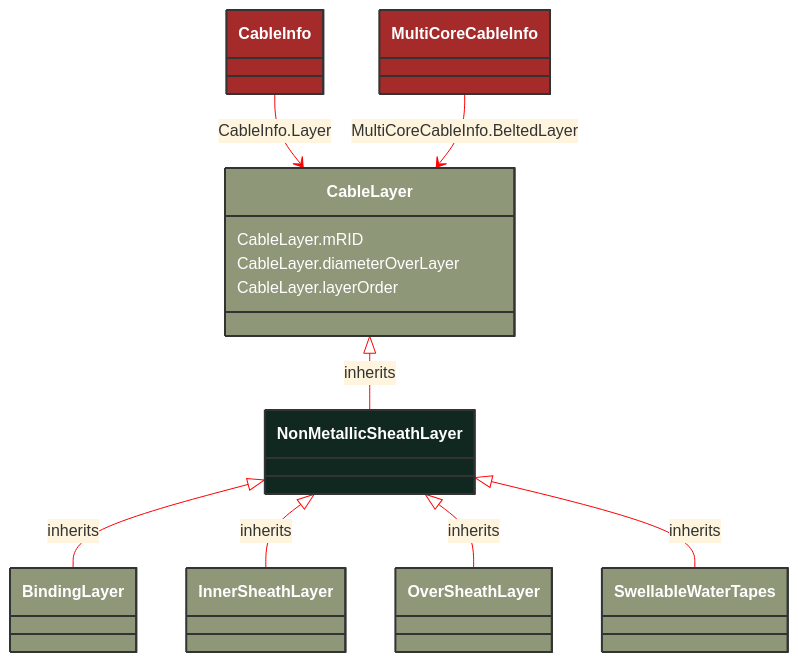
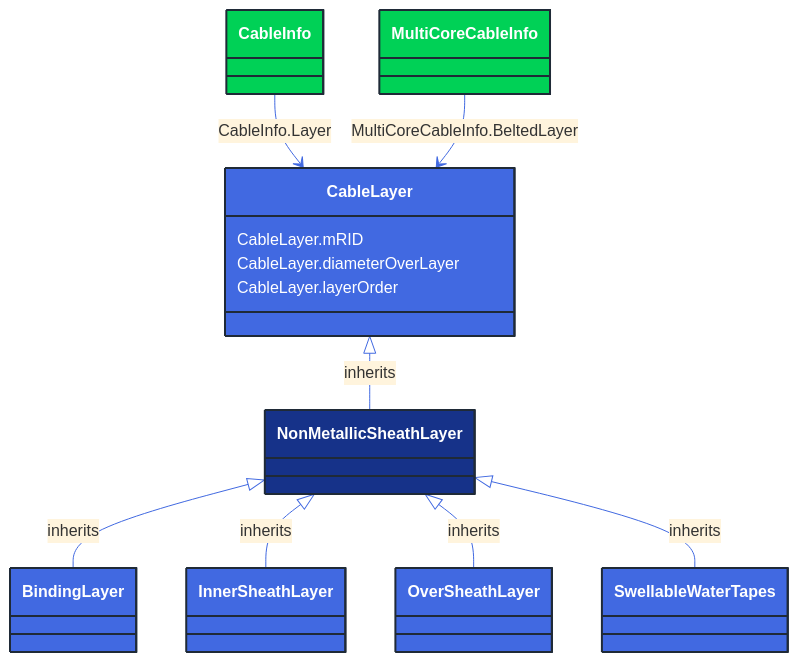
One commit to 3lbits/NoCIMExtensions changed the diagram in docs/Models/Profiles/SubseaCableInfo/ConcreteClasses/NonMetallicSheathLayer.md. Above: the diagram before and after it, drawn with Mermaid. The commit also changed 362 other files, not shown here.

First line of the commit message:
Update diagrams and styles for improved visual consistency

````diff
--- a/docs/Models/Profiles/SubseaCableInfo/ConcreteClasses/NonMetallicSheathLayer.md
+++ b/docs/Models/Profiles/SubseaCableInfo/ConcreteClasses/NonMetallicSheathLayer.md
@@ -8,53 +8,53 @@
 ```mermaid
-%%{init: {'theme':'base','themeVariables': {'lineColor': '#FF0000'}}}%%
+%%{init: {'theme':'base','themeVariables': {'lineColor': '#4169E1'}}}%%
 classDiagram
     class NonMetallicSheathLayer
     click NonMetallicSheathLayer href "/Models/Profiles/SubseaCableInfo/ConcreteClasses/NonMetallicSheathLayer/"
-    style NonMetallicSheathLayer fill:#102820,stroke:#333,stroke-width:2px,rx:10,ry:10,color:white
+    style NonMetallicSheathLayer fill:#163289,stroke:#1F2A37,stroke-width:2px,rx:10,ry:10,color:white
 
         NonMetallicSheathLayer <|-- BindingLayer : inherits
 
         BindingLayer
             click BindingLayer href "/Models/Profiles/SubseaCableInfo/ConcreteClasses/BindingLayer/"
-            style BindingLayer fill:#8F9779,stroke:#333,stroke-width:2px,rx:10,ry:10,color:white
+            style BindingLayer fill:#4169E1,stroke:#1F2A37,stroke-width:2px,rx:10,ry:10,color:white
 
         NonMetallicSheathLayer <|-- InnerSheathLayer : inherits
 
         InnerSheathLayer
             click InnerSheathLayer href "/Models/Profiles/SubseaCableInfo/ConcreteClasses/InnerSheathLayer/"
-            style InnerSheathLayer fill:#8F9779,stroke:#333,stroke-width:2px,rx:10,ry:10,color:white
+            style InnerSheathLayer fill:#4169E1,stroke:#1F2A37,stroke-width:2px,rx:10,ry:10,color:white
 
         NonMetallicSheathLayer <|-- OverSheathLayer : inherits
 
         OverSheathLayer
             click OverSheathLayer href "/Models/Profiles/SubseaCableInfo/ConcreteClasses/OverSheathLayer/"
-            style OverSheathLayer fill:#8F9779,stroke:#333,stroke-width:2px,rx:10,ry:10,color:white
+            style OverSheathLayer fill:#4169E1,stroke:#1F2A37,stroke-width:2px,rx:10,ry:10,color:white
 
         NonMetallicSheathLayer <|-- SwellableWaterTapes : inherits
 
         SwellableWaterTapes
             click SwellableWaterTapes href "/Models/Profiles/SubseaCableInfo/ConcreteClasses/SwellableWaterTapes/"
-            style SwellableWaterTapes fill:#8F9779,stroke:#333,stroke-width:2px,rx:10,ry:10,color:white
+            style SwellableWaterTapes fill:#4169E1,stroke:#1F2A37,stroke-width:2px,rx:10,ry:10,color:white
      
         CableLayer <|-- NonMetallicSheathLayer : inherits
             click CableLayer href "/Models/Profiles/SubseaCableInfo/AbstractClasses/CableLayer/"
-            style CableLayer fill:#8F9779,stroke:#333,stroke-width:2px,rx:10,ry:10,color:white
+            style CableLayer fill:#4169E1,stroke:#1F2A37,stroke-width:2px,rx:10,ry:10,color:white
 
 
         CableInfo --> CableLayer : CableInfo.Layer
 
         CableInfo
             click CableInfo href "/Models/Profiles/SubseaCableInfo/ConcreteClasses/CableInfo/"
-            style CableInfo fill:#A52A2A,stroke:#333,stroke-width:2px,rx:10,ry:10,color:white
+            style CableInfo fill:#00D156,stroke:#1F2A37,stroke-width:2px,rx:10,ry:10,color:white
 
         MultiCoreCableInfo --> CableLayer : MultiCoreCableInfo.BeltedLayer
 
         MultiCoreCableInfo
             click MultiCoreCableInfo href "/Models/Profiles/SubseaCableInfo/ConcreteClasses/MultiCoreCableInfo/"
-            style MultiCoreCableInfo fill:#A52A2A,stroke:#333,stroke-width:2px,rx:10,ry:10,color:white
+            style MultiCoreCableInfo fill:#00D156,stroke:#1F2A37,stroke-width:2px,rx:10,ry:10,color:white
 
 
         CableLayer : CableLayer.mRID
         CableLayer : CableLayer.diameterOverLayer
         CableLayer : CableLayer.layerOrder
 ```
````
